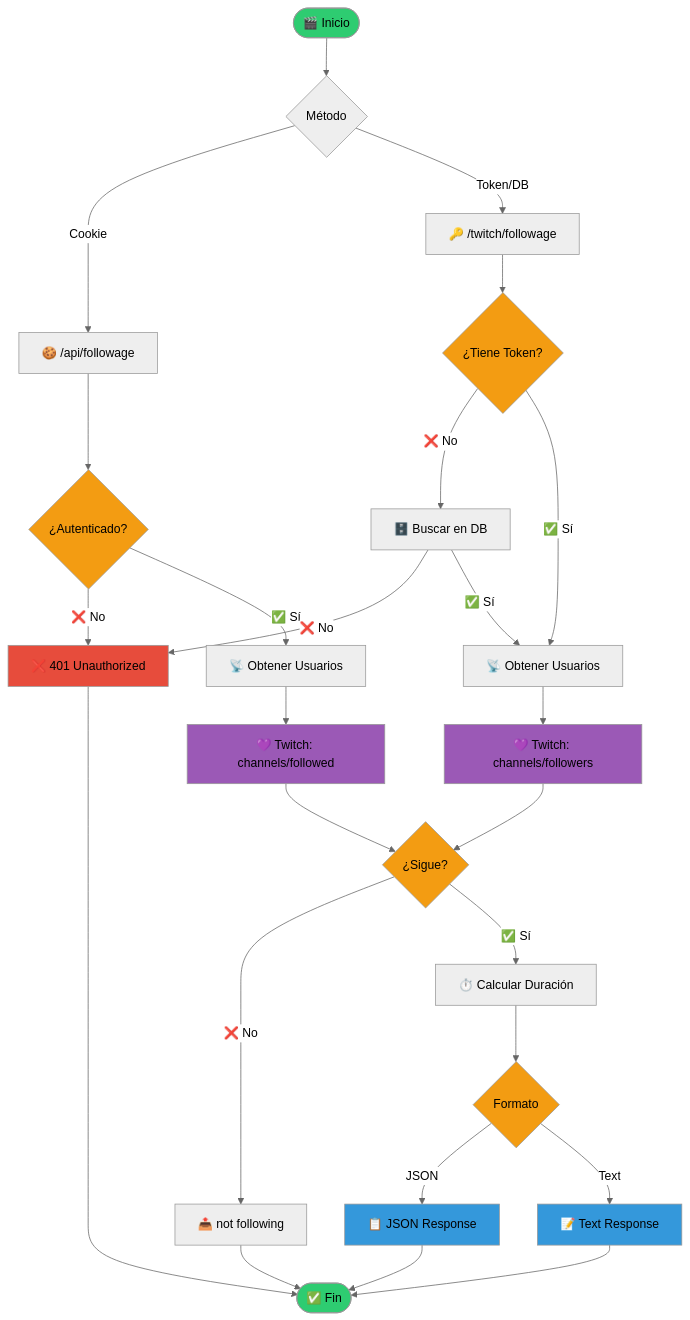
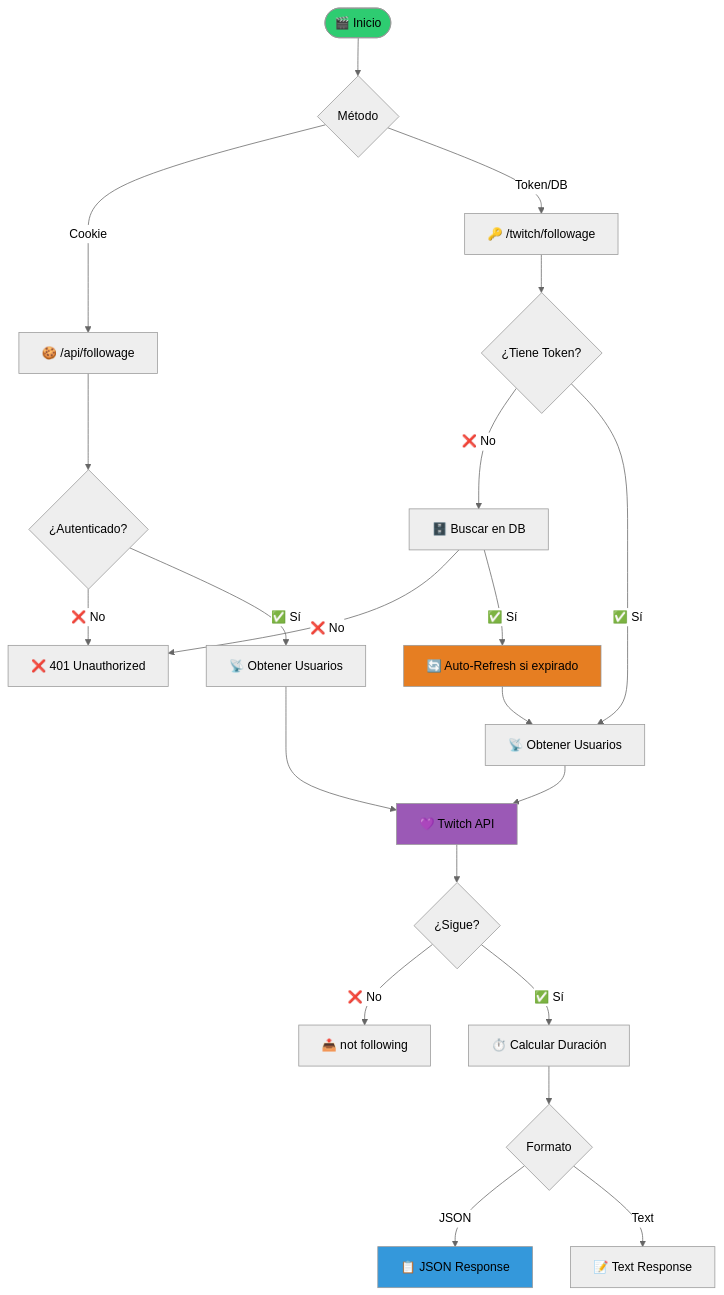
The fifth of 6 diagrams in Docs/API_FLOWCHART.md (Ponss17/Followage-api), drawn with Mermaid (neutral theme) before and after one commit. The commit also changed other lines of this file and 2 other files, not shown here.

````diff
--- a/Docs/API_FLOWCHART.md
+++ b/Docs/API_FLOWCHART.md
@@ -266,47 +220,35 @@
 ```mermaid
 graph TB
     START([🎬 Inicio]) --> METHOD{Método}
     
     METHOD -->|Cookie| COOKIE_PATH[🍪 /api/followage]
     METHOD -->|Token/DB| TOKEN_PATH[🔑 /twitch/followage]
     
     COOKIE_PATH --> CHECK_AUTH{¿Autenticado?}
     CHECK_AUTH -->|❌ No| ERROR_401[❌ 401 Unauthorized]
     CHECK_AUTH -->|✅ Sí| GET_USERS1[📡 Obtener Usuarios]
     
     TOKEN_PATH --> CHECK_TOKEN{¿Tiene Token?}
     CHECK_TOKEN -->|❌ No| CHECK_DB[🗄️ Buscar en DB]
     CHECK_TOKEN -->|✅ Sí| GET_USERS2[📡 Obtener Usuarios]
     CHECK_DB -->|❌ No| ERROR_401
-    CHECK_DB -->|✅ Sí| GET_USERS2
+    CHECK_DB -->|✅ Sí| REFRESH_LOGIC[🔄 Auto-Refresh si expirado]
+    REFRESH_LOGIC --> GET_USERS2
     
-    GET_USERS1 --> CALL_API1[💜 Twitch: channels/followed]
-    GET_USERS2 --> CALL_API2[💜 Twitch: channels/followers]
+    GET_USERS1 --> CALL_API[💜 Twitch API]
+    GET_USERS2 --> CALL_API
     
-    CALL_API1 --> CHECK_FOLLOW{¿Sigue?}
-    CALL_API2 --> CHECK_FOLLOW
+    CALL_API --> CHECK_FOLLOW{¿Sigue?}
     
     CHECK_FOLLOW -->|❌ No| RESPONSE_NO[📤 not following]
     CHECK_FOLLOW -->|✅ Sí| CALC_TIME[⏱️ Calcular Duración]
     
     CALC_TIME --> FORMAT{Formato}
     FORMAT -->|JSON| JSON_RESP[📋 JSON Response]
     FORMAT -->|Text| TEXT_RESP[📝 Text Response]
     
-    JSON_RESP --> END([✅ Fin])
-    TEXT_RESP --> END
-    RESPONSE_NO --> END
-    ERROR_401 --> END
-    
     style START fill:#2ECC71
-    style END fill:#2ECC71
-    style ERROR_401 fill:#E74C3C
-    style CHECK_AUTH fill:#F39C12
-    style CHECK_TOKEN fill:#F39C12
-    style CHECK_FOLLOW fill:#F39C12
-    style FORMAT fill:#F39C12
-    style CALL_API1 fill:#9B59B6
-    style CALL_API2 fill:#9B59B6
+    style REFRESH_LOGIC fill:#E67E22
+    style CALL_API fill:#9B59B6
     style JSON_RESP fill:#3498DB
-    style TEXT_RESP fill:#3498DB
 ```
````
